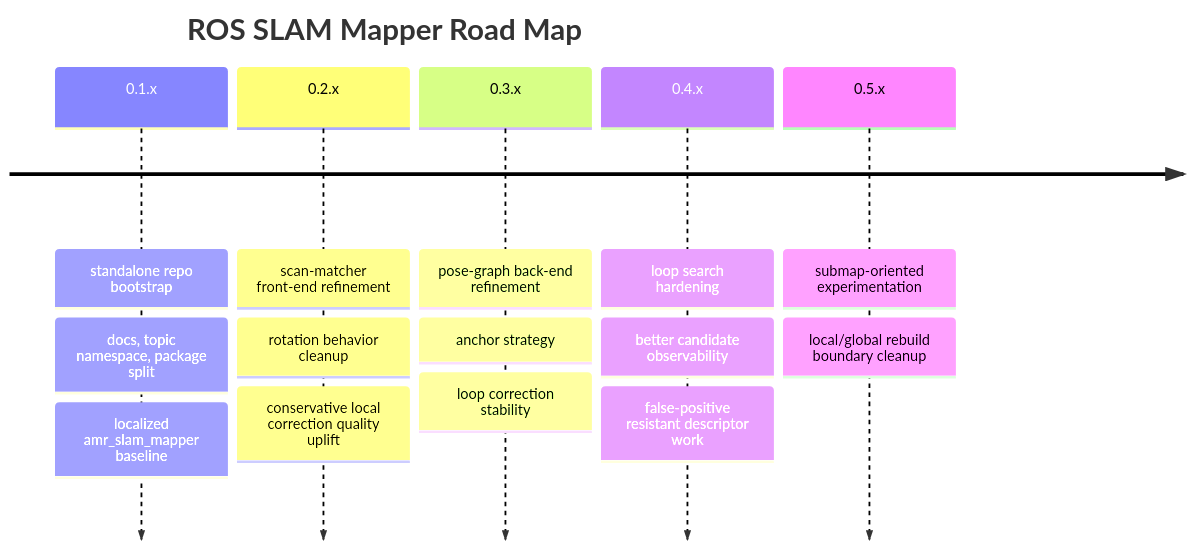
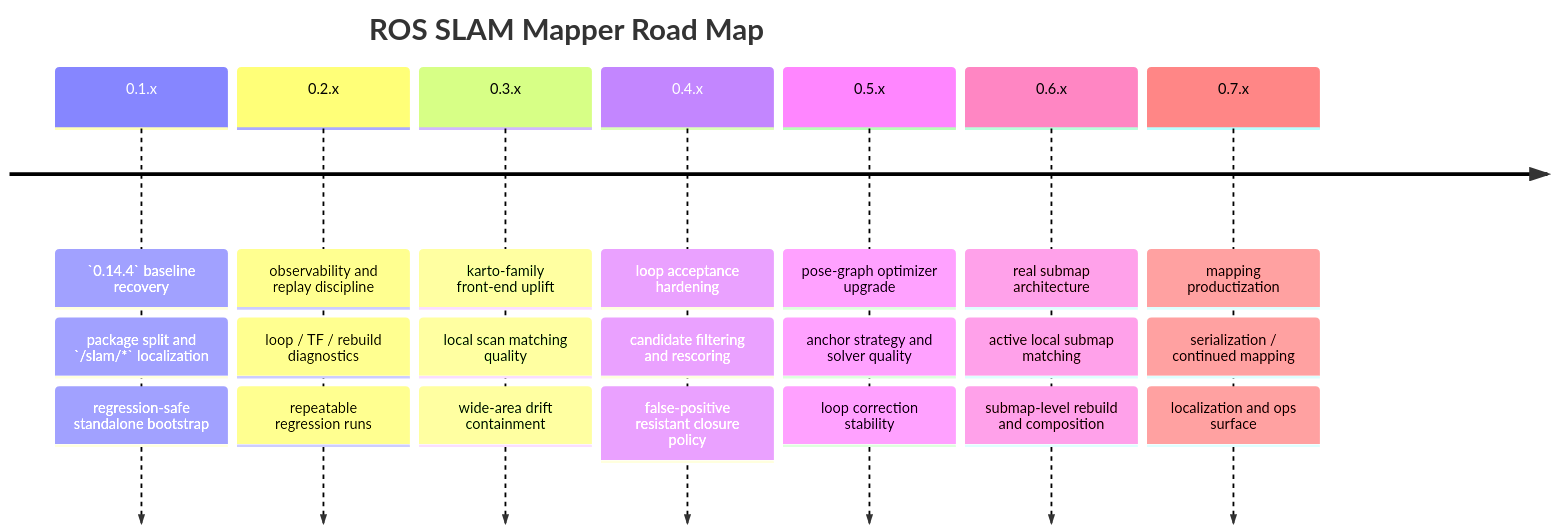
Before and after one commit to reidlo5135/ros-slam-mapper: the diagram in TODO.md, drawn with Mermaid. The commit also changed other lines of this file, not shown here.

Commit message:
docs: refresh slam mapper roadmap

````diff
--- a/TODO.md
+++ b/TODO.md
@@ -3,18 +3,25 @@
 ```mermaid
 timeline
     title ROS SLAM Mapper Road Map
-    0.1.x : standalone repo bootstrap
-          : docs, topic namespace, package split
-          : localized amr_slam_mapper baseline
-    0.2.x : scan-matcher front-end refinement
-          : rotation behavior cleanup
-          : conservative local correction quality uplift
-    0.3.x : pose-graph back-end refinement
-          : anchor strategy
+    0.1.x : `0.14.4` baseline recovery
+          : package split and `/slam/*` localization
+          : regression-safe standalone bootstrap
+    0.2.x : observability and replay discipline
+          : loop / TF / rebuild diagnostics
+          : repeatable regression runs
+    0.3.x : karto-family front-end uplift
+          : local scan matching quality
+          : wide-area drift containment
+    0.4.x : loop acceptance hardening
+          : candidate filtering and rescoring
+          : false-positive resistant closure policy
+    0.5.x : pose-graph optimizer upgrade
+          : anchor strategy and solver quality
           : loop correction stability
-    0.4.x : loop search hardening
-          : better candidate observability
-          : false-positive resistant descriptor work
-    0.5.x : submap-oriented experimentation
-          : local/global rebuild boundary cleanup
+    0.6.x : real submap architecture
+          : active local submap matching
+          : submap-level rebuild and composition
+    0.7.x : mapping productization
+          : serialization / continued mapping
+          : localization and ops surface
 ```
````
